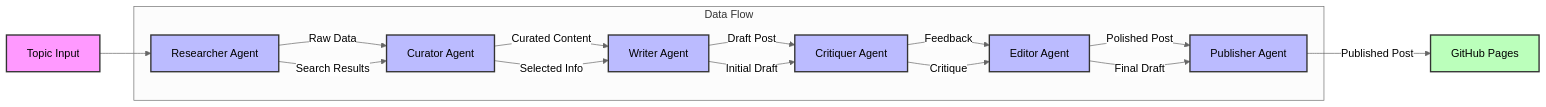
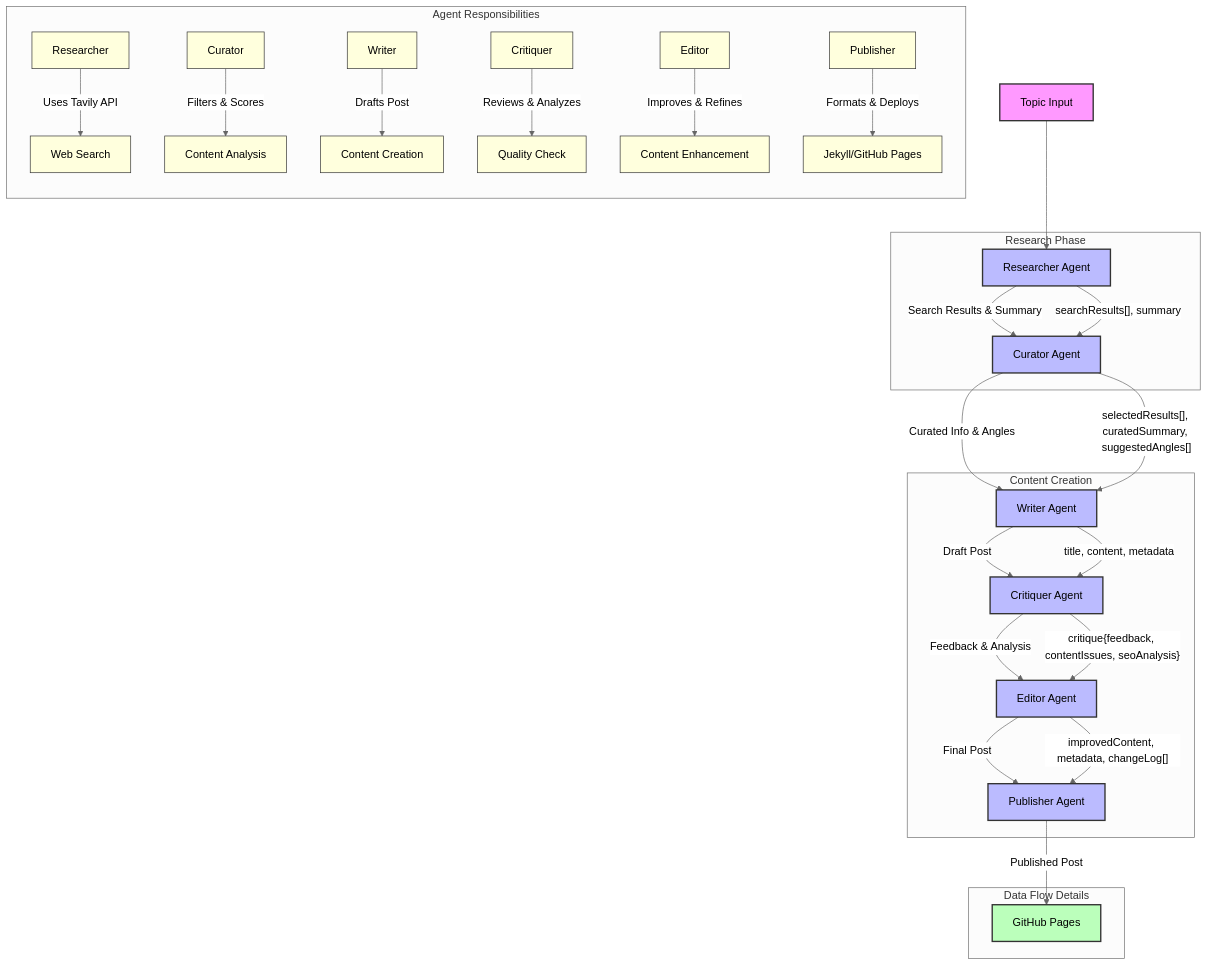
One commit to taylor009/blog-generator changed the diagram in README.md. Above: the diagram before and after it, drawn with Mermaid (neutral theme). The commit also changed other lines of this file, not shown here.

Commit message:
Update README workflow diagram with detailed agent interactions and responsibilities

````diff
--- a/README.md
+++ b/README.md
@@ -195,27 +195,45 @@
 ```mermaid
-graph LR
+graph TB
     Topic[Topic Input] --> R[Researcher Agent]
-    R -->|Raw Data| C[Curator Agent]
-    C -->|Curated Content| W[Writer Agent]
-    W -->|Draft Post| CR[Critiquer Agent]
-    CR -->|Feedback| E[Editor Agent]
-    E -->|Polished Post| P[Publisher Agent]
-    P -->|Published Post| GH[GitHub Pages]
     
-    subgraph Data Flow
-        R -->|Search Results| C
-        C -->|Selected Info| W
-        W -->|Initial Draft| CR
-        CR -->|Critique| E
-        E -->|Final Draft| P
+    subgraph Research Phase
+        R -->|Search Results & Summary| C[Curator Agent]
+    end
+    
+    subgraph Content Creation
+        C -->|Curated Info & Angles| W[Writer Agent]
+        W -->|Draft Post| CR[Critiquer Agent]
+        CR -->|Feedback & Analysis| E[Editor Agent]
+        E -->|Final Post| P[Publisher Agent]
+    end
+    
+    subgraph Data Flow Details
+        R -->|"searchResults[], summary"| C
+        C -->|"selectedResults[], curatedSummary, suggestedAngles[]"| W
+        W -->|"title, content, metadata"| CR
+        CR -->|"critique{feedback, contentIssues, seoAnalysis}"| E
+        E -->|"improvedContent, metadata, changeLog[]"| P
+        P -->|Published Post| Output[GitHub Pages]
+    end
+    
+    subgraph Agent Responsibilities
+        direction TB
+        R2[Researcher]-->|Uses Tavily API|R3[Web Search]
+        C2[Curator]-->|Filters & Scores|C3[Content Analysis]
+        W2[Writer]-->|Drafts Post|W3[Content Creation]
+        CR2[Critiquer]-->|Reviews & Analyzes|CR3[Quality Check]
+        E2[Editor]-->|Improves & Refines|E3[Content Enhancement]
+        P2[Publisher]-->|Formats & Deploys|P3[Jekyll/GitHub Pages]
     end
 
-    style Topic fill:#f9f,stroke:#333,stroke-width:2px
-    style R fill:#bbf,stroke:#333,stroke-width:2px
-    style C fill:#bbf,stroke:#333,stroke-width:2px
-    style W fill:#bbf,stroke:#333,stroke-width:2px
-    style CR fill:#bbf,stroke:#333,stroke-width:2px
-    style E fill:#bbf,stroke:#333,stroke-width:2px
-    style P fill:#bbf,stroke:#333,stroke-width:2px
-    style GH fill:#bfb,stroke:#333,stroke-width:2px
+    classDef primary fill:#bbf,stroke:#333,stroke-width:2px
+    classDef input fill:#f9f,stroke:#333,stroke-width:2px
+    classDef output fill:#bfb,stroke:#333,stroke-width:2px
+    classDef subProcess fill:#ffd,stroke:#333,stroke-width:1px
+    
+    class Topic input
+    class R,C,W,CR,E,P primary
+    class Output output
+    class R2,C2,W2,CR2,E2,P2 subProcess
+    class R3,C3,W3,CR3,E3,P3 subProcess
 ```
````
